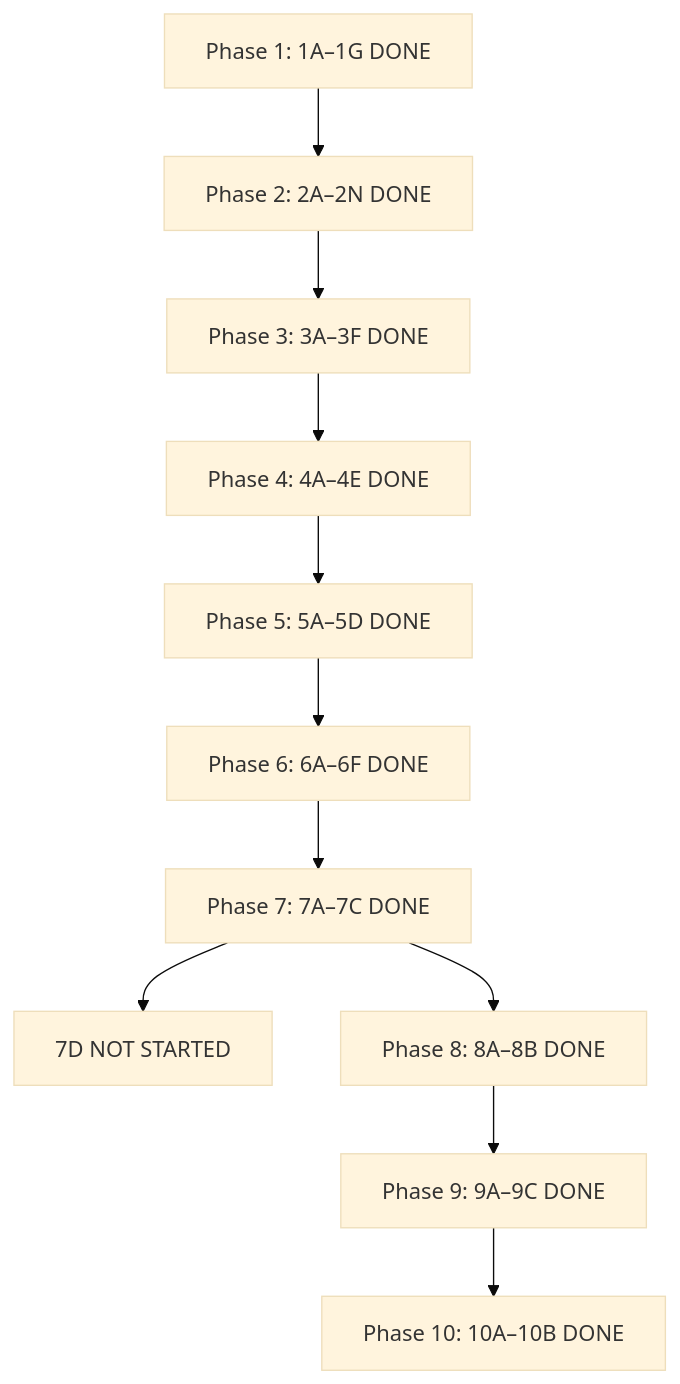
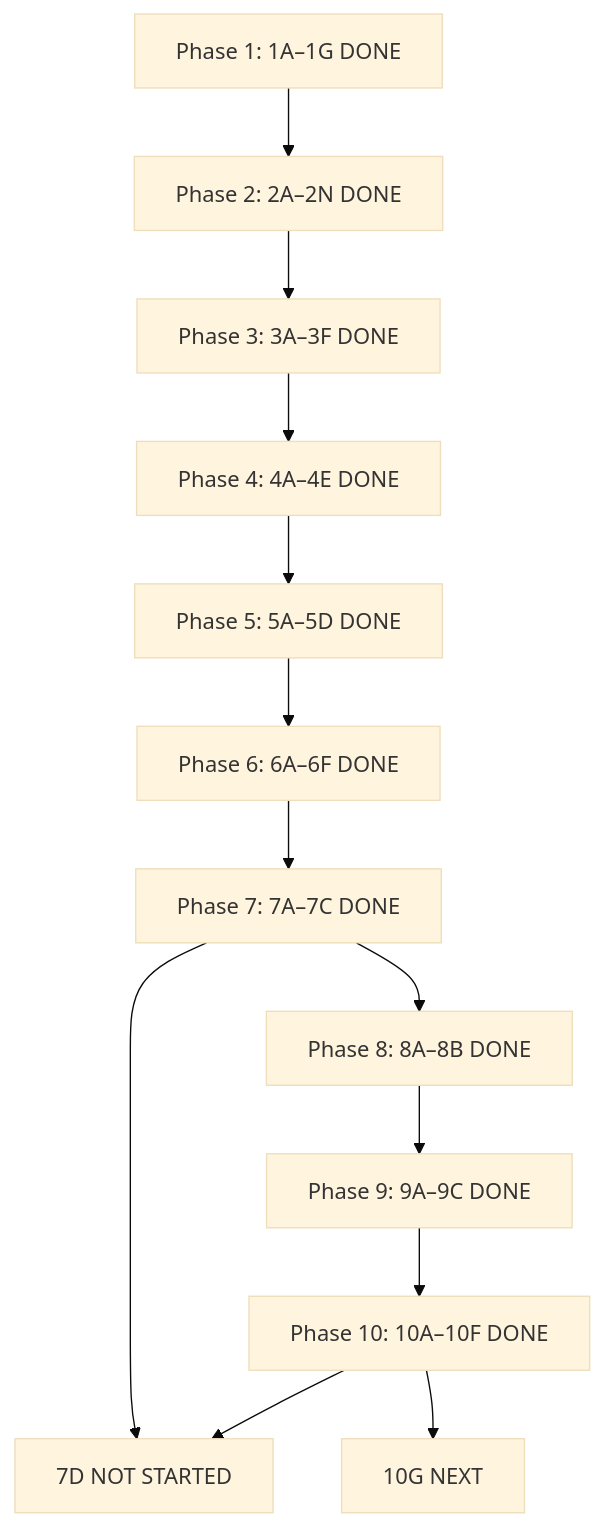
Before and after one commit to NotY215/NotYVOS: diagram 40 of 41 in docs/data flow.md, drawn with Mermaid (base theme). The commit also changed other lines of this file, not shown here.

Commit message:
docs: update data flow through Phase 10F

````diff
--- a/docs/data flow.md
+++ b/docs/data flow.md
@@ -2153,13 +2153,15 @@
 ```mermaid
 flowchart TD
     P1[Phase 1: 1A–1G DONE] --> P2[Phase 2: 2A–2N DONE]
     P2 --> P3[Phase 3: 3A–3F DONE]
     P3 --> P4[Phase 4: 4A–4E DONE]
     P4 --> P5[Phase 5: 5A–5D DONE]
     P5 --> P6[Phase 6: 6A–6F DONE]
     P6 --> P7[Phase 7: 7A–7C DONE]
     P7 --> N7D[7D NOT STARTED]
     P7 --> P8[Phase 8: 8A–8B DONE]
     P8 --> P9[Phase 9: 9A–9C DONE]
-    P9 --> P10[Phase 10: 10A–10B DONE]
+    P9 --> P10[Phase 10: 10A–10F DONE]
+    P10 --> N10G[10G NEXT]
+    P10 --> N7D[7D NOT STARTED]
 ```
````
